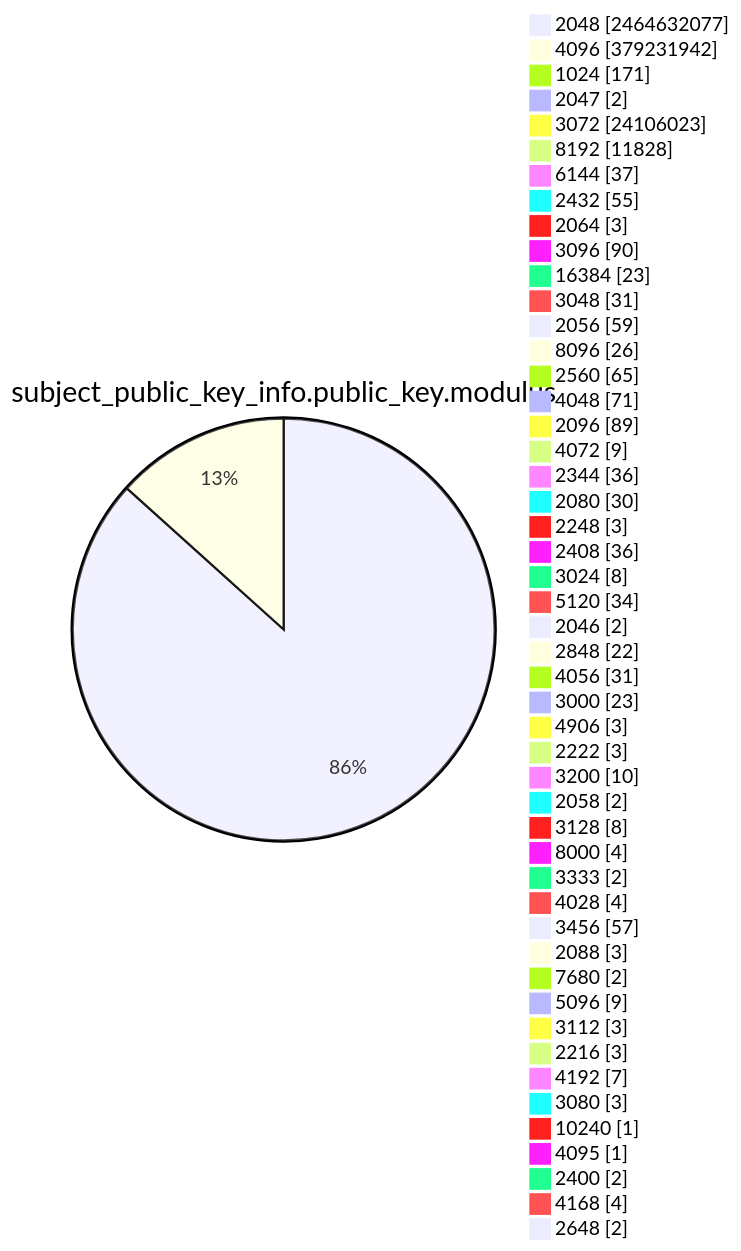
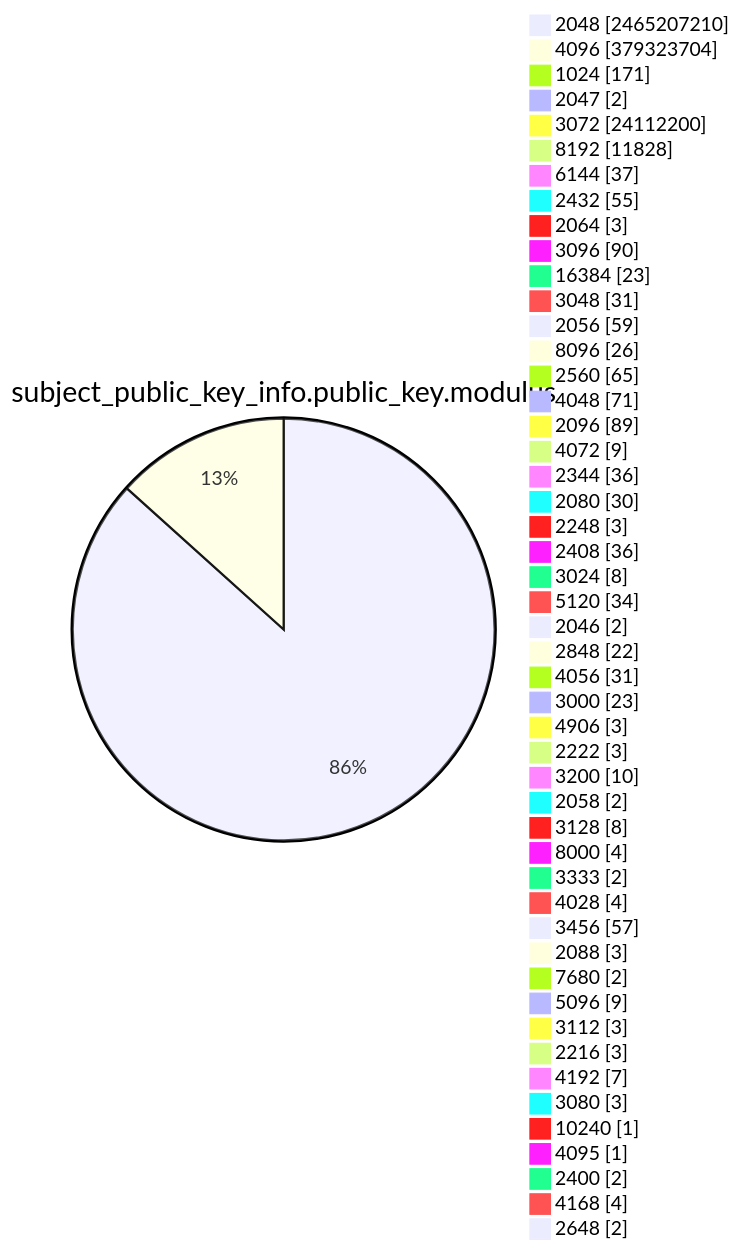
One commit to christiankrug/ctmonitor_visualization changed diagram 13 of 15 in TOTAL/README.md. Above: the diagram before and after it, drawn with Mermaid. The commit also changed other lines of this file, not shown here.

````diff
--- a/TOTAL/README.md
+++ b/TOTAL/README.md
@@ -4168,53 +4168,53 @@
 ```mermaid
 pie showData
 title subject_public_key_info.public_key.modulus
-"2048" :2464632077
-"4096" :379231942
+"2048" :2465207210
+"4096" :379323704
 "1024" :171
 "2047" :2
-"3072" :24106023
+"3072" :24112200
 "8192" :11828
 "6144" :37
 "2432" :55
 "2064" :3
 "3096" :90
 "16384" :23
 "3048" :31
 "2056" :59
 "8096" :26
 "2560" :65
 "4048" :71
 "2096" :89
 "4072" :9
 "2344" :36
 "2080" :30
 "2248" :3
 "2408" :36
 "3024" :8
 "5120" :34
 "2046" :2
 "2848" :22
 "4056" :31
 "3000" :23
 "4906" :3
 "2222" :3
 "3200" :10
 "2058" :2
 "3128" :8
 "8000" :4
 "3333" :2
 "4028" :4
 "3456" :57
 "2088" :3
 "7680" :2
 "5096" :9
 "3112" :3
 "2216" :3
 "4192" :7
 "3080" :3
 "10240" :1
 "4095" :1
 "2400" :2
 "4168" :4
 "2648" :2
 ```
````
